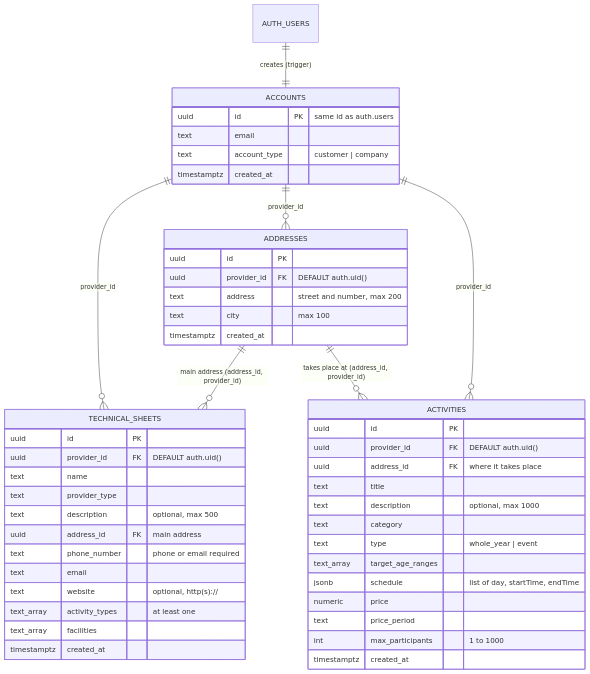
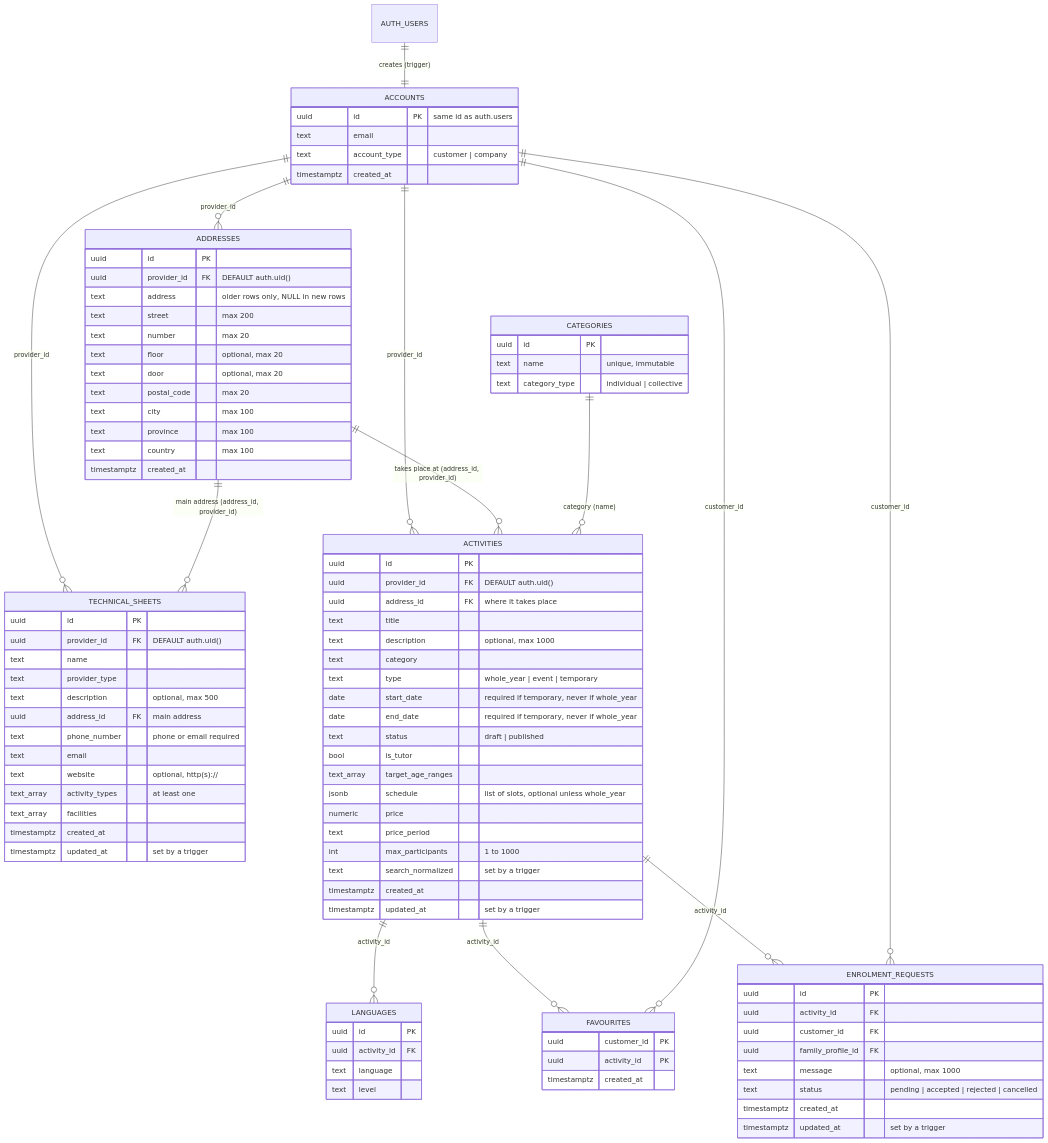
Before and after one commit to ednasolans/AfterBell: the first of 2 diagrams in docs/decisions/database.md, drawn with Mermaid. The commit also changed other lines of this file and 9 other files, not shown here.

Commit message:
docs: update the schema, guides and rules after C11 and #76

````diff
--- a/docs/decisions/database.md
+++ b/docs/decisions/database.md
@@ -30,6 +30,12 @@
     ACCOUNTS ||--o{ ACTIVITIES : "provider_id"
     ADDRESSES ||--o{ TECHNICAL_SHEETS : "main address (address_id, provider_id)"
     ADDRESSES ||--o{ ACTIVITIES : "takes place at (address_id, provider_id)"
+    CATEGORIES ||--o{ ACTIVITIES : "category (name)"
+    ACTIVITIES ||--o{ LANGUAGES : "activity_id"
+    ACTIVITIES ||--o{ FAVOURITES : "activity_id"
+    ACCOUNTS ||--o{ FAVOURITES : "customer_id"
+    ACTIVITIES ||--o{ ENROLMENT_REQUESTS : "activity_id"
+    ACCOUNTS ||--o{ ENROLMENT_REQUESTS : "customer_id"
 
     ACCOUNTS {
         uuid id PK "same id as auth.users"
@@ -50,12 +56,20 @@
         text_array activity_types "at least one"
         text_array facilities
         timestamptz created_at
+        timestamptz updated_at "set by a trigger"
     }
     ADDRESSES {
         uuid id PK
         uuid provider_id FK "DEFAULT auth.uid()"
-        text address "street and number, max 200"
+        text address "older rows only, NULL in new rows"
+        text street "max 200"
+        text number "max 20"
+        text floor "optional, max 20"
+        text door "optional, max 20"
+        text postal_code "max 20"
         text city "max 100"
+        text province "max 100"
+        text country "max 100"
         timestamptz created_at
     }
     ACTIVITIES {
@@ -65,12 +79,44 @@
         text title
         text description "optional, max 1000"
         text category
-        text type "whole_year | event"
+        text type "whole_year | event | temporary"
+        date start_date "required if temporary, never if whole_year"
+        date end_date "required if temporary, never if whole_year"
+        text status "draft | published"
+        bool is_tutor
         text_array target_age_ranges
-        jsonb schedule "list of day, startTime, endTime"
+        jsonb schedule "list of slots, optional unless whole_year"
         numeric price
         text price_period
         int max_participants "1 to 1000"
+        text search_normalized "set by a trigger"
+        timestamptz created_at
+        timestamptz updated_at "set by a trigger"
+    }
+    CATEGORIES {
+        uuid id PK
+        text name "unique, immutable"
+        text category_type "individual | collective"
+    }
+    LANGUAGES {
+        uuid id PK
+        uuid activity_id FK
+        text language
+        text level
+    }
+    FAVOURITES {
+        uuid customer_id PK
+        uuid activity_id PK
         timestamptz created_at
     }
+    ENROLMENT_REQUESTS {
+        uuid id PK
+        uuid activity_id FK
+        uuid customer_id FK
+        uuid family_profile_id FK
+        text message "optional, max 1000"
+        text status "pending | accepted | rejected | cancelled"
+        timestamptz created_at
+        timestamptz updated_at "set by a trigger"
+    }
 ```
````
